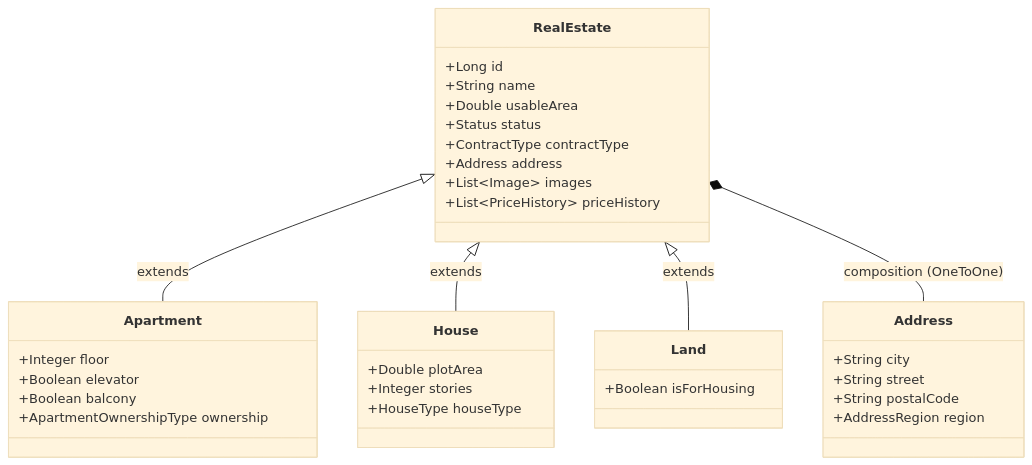
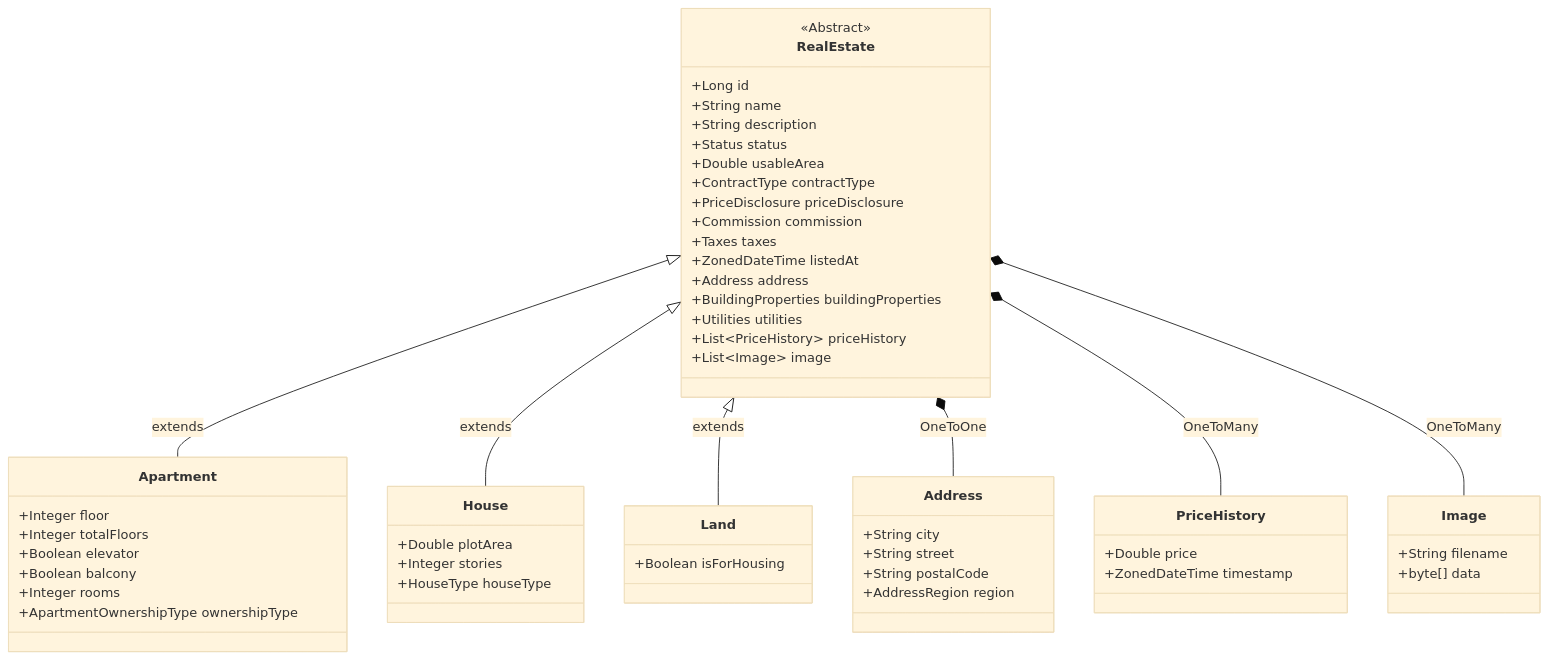
Before and after one commit to Majkle/NNPRO-REMAX-BE: the first of 7 diagrams in doc/Architecture_and_Design.md, drawn with Mermaid (base theme). The commit also changed other lines of this file, not shown here.

````diff
--- a/doc/Architecture_and_Design.md
+++ b/doc/Architecture_and_Design.md
@@ -8,42 +7,64 @@
 ```mermaid
 classDiagram
     class RealEstate {
+        <<Abstract>>
         +Long id
         +String name
+        +String description
+        +Status status
         +Double usableArea
-        +Status status
         +ContractType contractType
+        +PriceDisclosure priceDisclosure
+        +Commission commission
+        +Taxes taxes
+        +ZonedDateTime listedAt
         +Address address
-        +List~Image~ images
+        +BuildingProperties buildingProperties
+        +Utilities utilities
         +List~PriceHistory~ priceHistory
+        +List~Image~ image
     }
 
     class Apartment {
         +Integer floor
+        +Integer totalFloors
         +Boolean elevator
         +Boolean balcony
-        +ApartmentOwnershipType ownership
+        +Integer rooms
+        +ApartmentOwnershipType ownershipType
     }
 
     class House {
         +Double plotArea
         +Integer stories
         +HouseType houseType
     }
 
     class Land {
         +Boolean isForHousing
     }
 
     class Address {
         +String city
         +String street
         +String postalCode
         +AddressRegion region
     }
 
+    class PriceHistory {
+        +Double price
+        +ZonedDateTime timestamp
+    }
+
+    class Image {
+        +String filename
+        +byte[] data
+    }
+
     RealEstate <|-- Apartment : extends
     RealEstate <|-- House : extends
     RealEstate <|-- Land : extends
-    RealEstate *-- Address : composition (OneToOne)
+    RealEstate *-- Address : OneToOne
+    RealEstate *-- PriceHistory : OneToMany
+    RealEstate *-- Image : OneToMany
 ```
````
